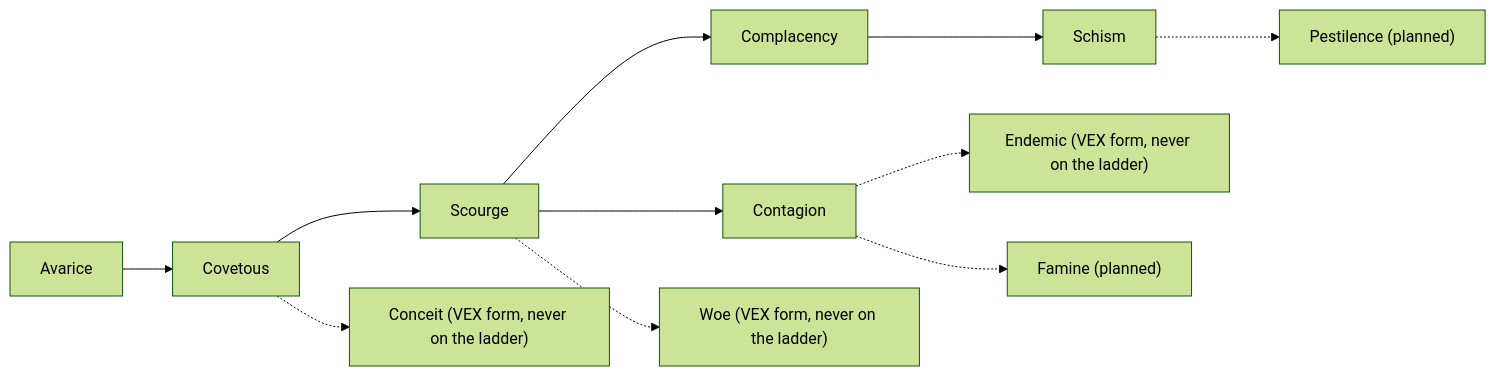
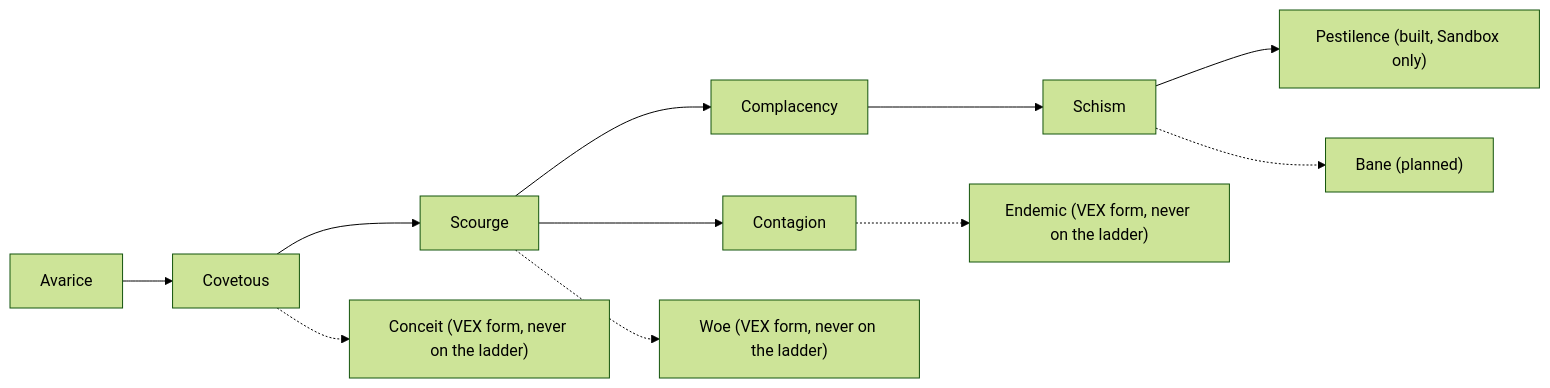
One commit to avarice-dev/AI-CellHack2 changed the second of 2 diagrams in architecture/cells-and-experiments.md. Above: the diagram before and after it, drawn with Mermaid (forest theme). The commit also changed other lines of this file and 2 other files, not shown here.

Commit message:
docs: Bane replaces Famine as the third cell
Bane is the combat cell (designs.md 11.3): win the contact phase while
keeping Schism's growth. Famine changed only growth and is dropped.

````diff
--- a/architecture/cells-and-experiments.md
+++ b/architecture/cells-and-experiments.md
@@ -96,11 +96,11 @@
 ```mermaid
 flowchart LR
     S["Avarice"] --> C["Covetous"] --> SC["Scourge"] --> CO["Contagion"]
     SC --> CP["Complacency"]
     CP --> SM["Schism"]
     SC -.-> W["Woe (VEX form, never on the ladder)"]
     C -.-> CN["Conceit (VEX form, never on the ladder)"]
     CO -.-> E["Endemic (VEX form, never on the ladder)"]
-    SM -.-> P["Pestilence (planned)"]
-    CO -.-> F["Famine (planned)"]
+    SM --> P["Pestilence (built, Sandbox only)"]
+    SM -.-> B["Bane (planned)"]
 ```
````
